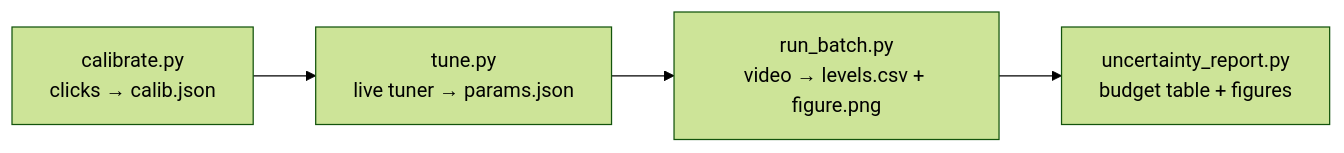
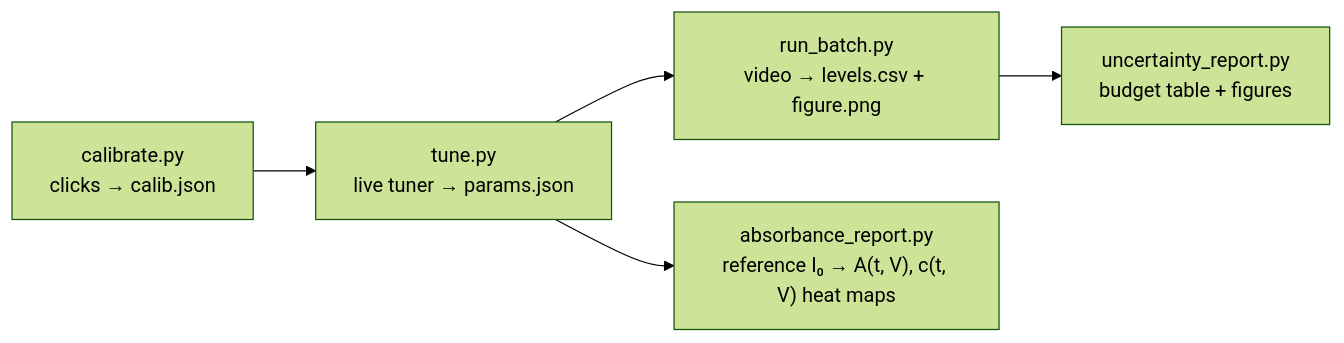
One commit to Camedpc/liquid-foam-interface-volume-detector changed the diagram in README.md. Above: the diagram before and after it, drawn with Mermaid (forest theme). The commit also changed other lines of this file and 12 other files, not shown here.

First line of the commit message:
Absorbance analysis: reference I0, Beer-Lambert map, foam top by threshold, mass balance, heat maps

````diff
--- a/README.md
+++ b/README.md
@@ -35,6 +36,7 @@
 ```mermaid
 flowchart LR
     A["calibrate.py<br/>clicks → calib.json"] --> B["tune.py<br/>live tuner → params.json"]
     B --> C["run_batch.py<br/>video → levels.csv + figure.png"]
     C --> D["uncertainty_report.py<br/>budget table + figures"]
+    B --> E["absorbance_report.py<br/>reference I₀ → A(t, V), c(t, V) heat maps"]
 ```
````
